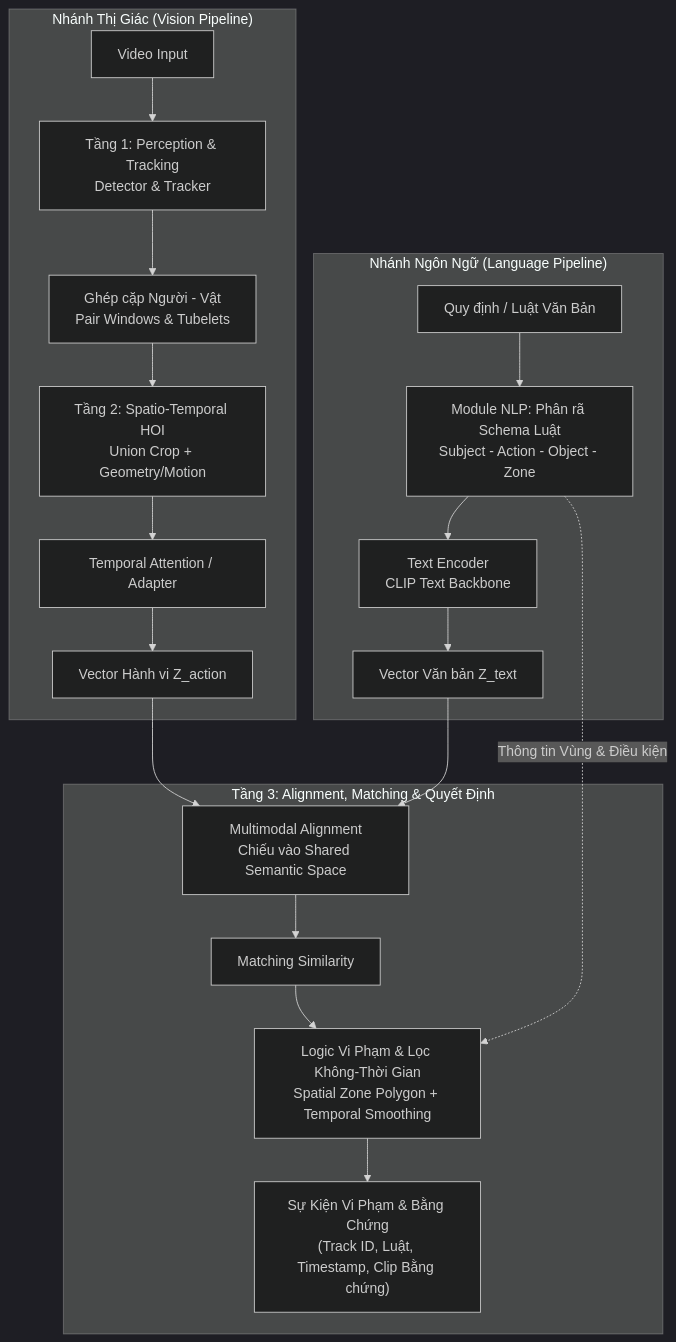
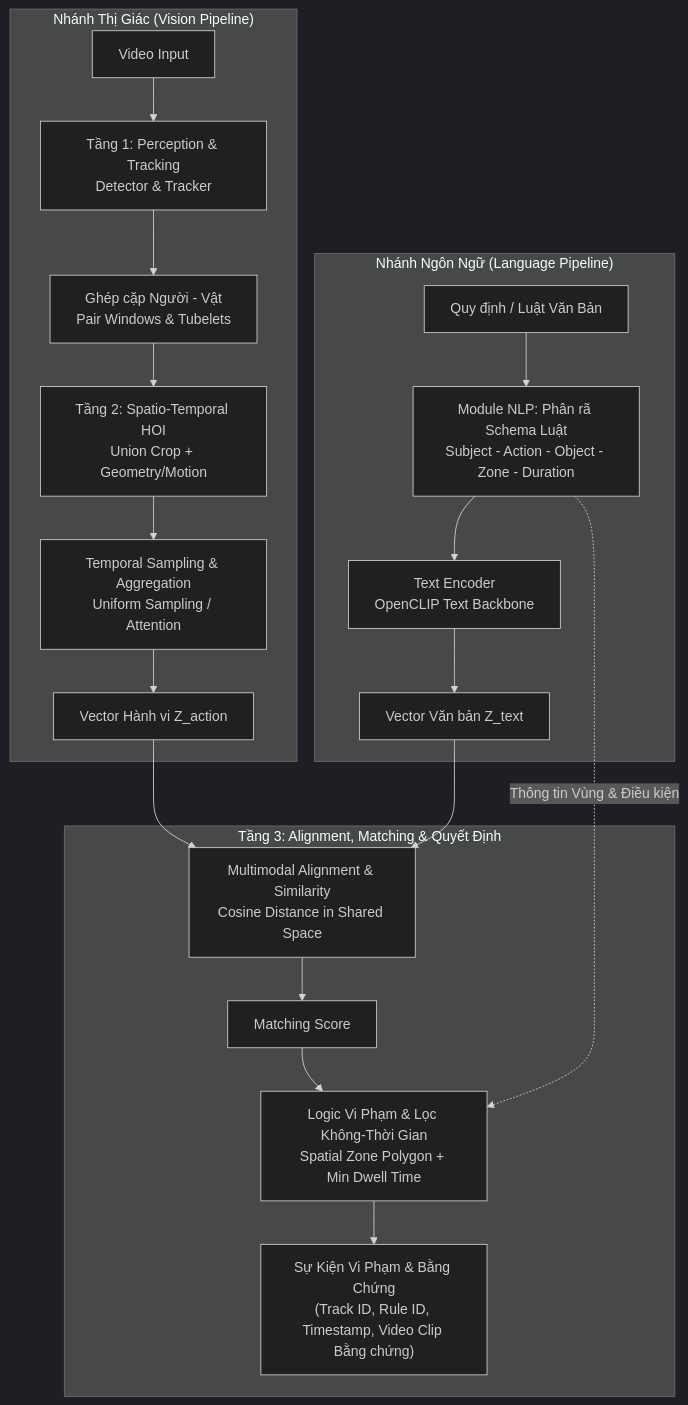
The diagram in README.md (phunh1901/temporal-hoi-video-text-matching), drawn with Mermaid (dark theme) before and after one commit. The commit also changed other lines of this file, not shown here.

Commit message:
docs(readme): update project overview, pipeline architecture and repository structure

````diff
--- a/README.md
+++ b/README.md
@@ -31,24 +32,24 @@
 ```mermaid
 flowchart TD
     subgraph VisionBranch["Nhánh Thị Giác (Vision Pipeline)"]
         V["Video Input"] --> P["Tầng 1: Perception & Tracking<br/>Detector & Tracker"]
         P --> H["Ghép cặp Người - Vật<br/>Pair Windows & Tubelets"]
         H --> F["Tầng 2: Spatio-Temporal HOI<br/>Union Crop + Geometry/Motion"]
-        F --> T["Temporal Attention / Adapter"]
+        F --> T["Temporal Sampling & Aggregation<br/>Uniform Sampling / Attention"]
         T --> ZV["Vector Hành vi Z_action"]
     end
 
     subgraph LanguageBranch["Nhánh Ngôn Ngữ (Language Pipeline)"]
-        R["Quy định / Luật Văn Bản"] --> NLP["Module NLP: Phân rã Schema Luật<br/>Subject - Action - Object - Zone"]
-        NLP --> TE["Text Encoder<br/>CLIP Text Backbone"]
+        R["Quy định / Luật Văn Bản"] --> NLP["Module NLP: Phân rã Schema Luật<br/>Subject - Action - Object - Zone - Duration"]
+        NLP --> TE["Text Encoder<br/>OpenCLIP Text Backbone"]
         TE --> ZT["Vector Văn bản Z_text"]
     end
 
     subgraph DecisionBranch["Tầng 3: Alignment, Matching & Quyết Định"]
-        ZV & ZT --> AL["Multimodal Alignment<br/>Chiếu vào Shared Semantic Space"]
-        AL --> M["Matching Similarity"]
-        M --> D["Logic Vi Phạm & Lọc Không-Thời Gian<br/>Spatial Zone Polygon + Temporal Smoothing"]
+        ZV & ZT --> AL["Multimodal Alignment & Similarity<br/>Cosine Distance in Shared Space"]
+        AL --> M["Matching Score"]
+        M --> D["Logic Vi Phạm & Lọc Không-Thời Gian<br/>Spatial Zone Polygon + Min Dwell Time"]
         NLP -.->|Thông tin Vùng & Điều kiện| D
-        D --> OUT["Sự Kiện Vi Phạm & Bằng Chứng<br/>(Track ID, Luật, Timestamp, Clip Bằng chứng)"]
+        D --> OUT["Sự Kiện Vi Phạm & Bằng Chứng<br/>(Track ID, Rule ID, Timestamp, Video Clip Bằng chứng)"]
     end
 ```
````
